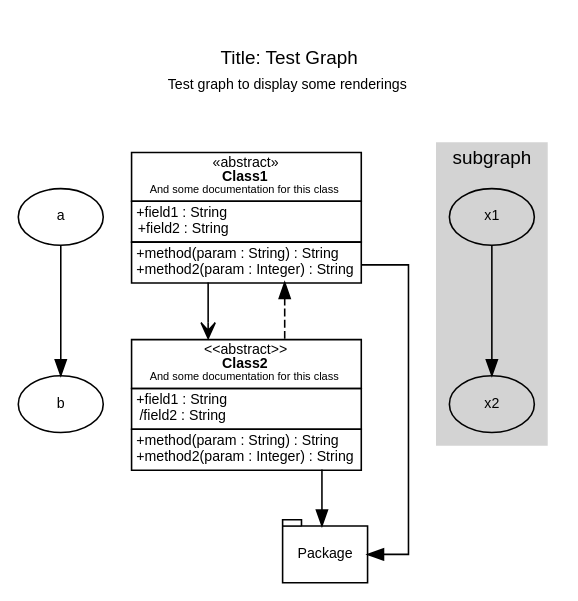
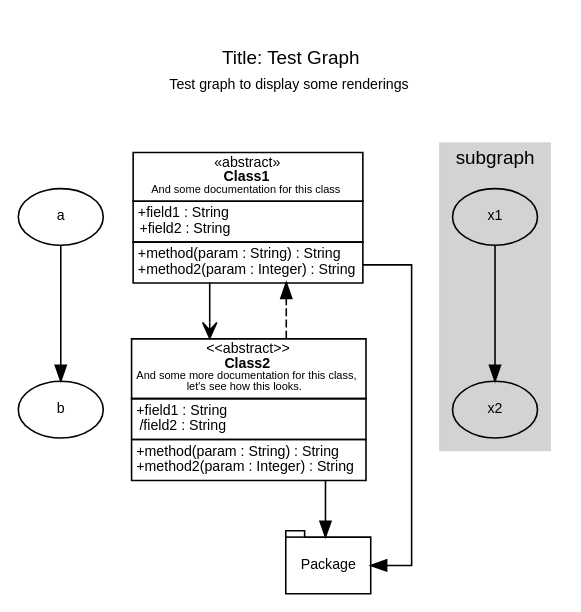
The diagram in dev/graphviz/test.dot (soulspace-org/overarch), drawn with Graphviz before and after one commit.

Commit message:
use longer description for class

```diff
--- a/dev/graphviz/test.dot
+++ b/dev/graphviz/test.dot
@@ -1,74 +1,74 @@
 digraph Test {
   # rankdir=LR;
   outputmode=nodefirst;
   graph [fontname="Helvetica,Arial,sans-serif"
          fontsize=12
          splines=ortho
          labelloc=t
          label=<
          <table border="0" cellspacing="0">
          <tr><td><br align="center"/>Title: Test Graph</td></tr>
          <tr><td><font point-size="9">Test graph to display some renderings</font></td></tr>
          <tr><td><br/></td></tr>
          </table>
          >]
   node [fontname="Helvetica,Arial,sans-serif" fontsize=9];
 
   a
 
   b
 
   c [shape=plain label=<
 <table border="0" cellborder="1" cellspacing="0">
 <tr><td align="center" port="top">
 «abstract»<br align="center"/>
 <b>Class1</b><br align="center"/>
 <font point-size="7">And some documentation for this class</font></td></tr>
 <tr><td align="left">
 +field1 : String <br align="left"/>
 +field2 : String
 </td></tr>
 <tr><td align="left" port="bottom">
 +method(param : String) : String <br align="left"/>
 +method2(param : Integer) : String
 </td></tr>
 </table>
      >]
 
   d [shape=plain label=<
 <table border="0" cellborder="1" cellspacing="0">
 <tr><td align="center" port="top">
 &lt;&lt;abstract&gt;&gt;<br align="center"/>
 <b>Class2</b><br align="center"/>
-<font point-size="7">And some documentation for this class</font>
+<font point-size="7">And some more documentation for this class,<br/> let's see how this looks.</font>
 </td></tr>
 <tr><td align="left">
 +field1 : String <br align="left"/>
 /field2 : String
 </td></tr>
 <tr><td align="left" port="bottom">
 +method(param : String) : String <br align="left"/>
 +method2(param : Integer) : String
 </td></tr>
 </table>
      >]
 
   e [shape=tab label="Package"]
 
   a->b [arrowtail=diamond]
   c->d [arrowtail=odiamond arrowhead=vee]
   d -> c [style=dashed]
 
   c -> e
   d -> e []
 
   // id must start with cluster
   subgraph cluster_X {
     label = "subgraph";
     style=filled;
     color=lightgray;
     x1
     x2
     x1 -> x2
   }
 }
```
